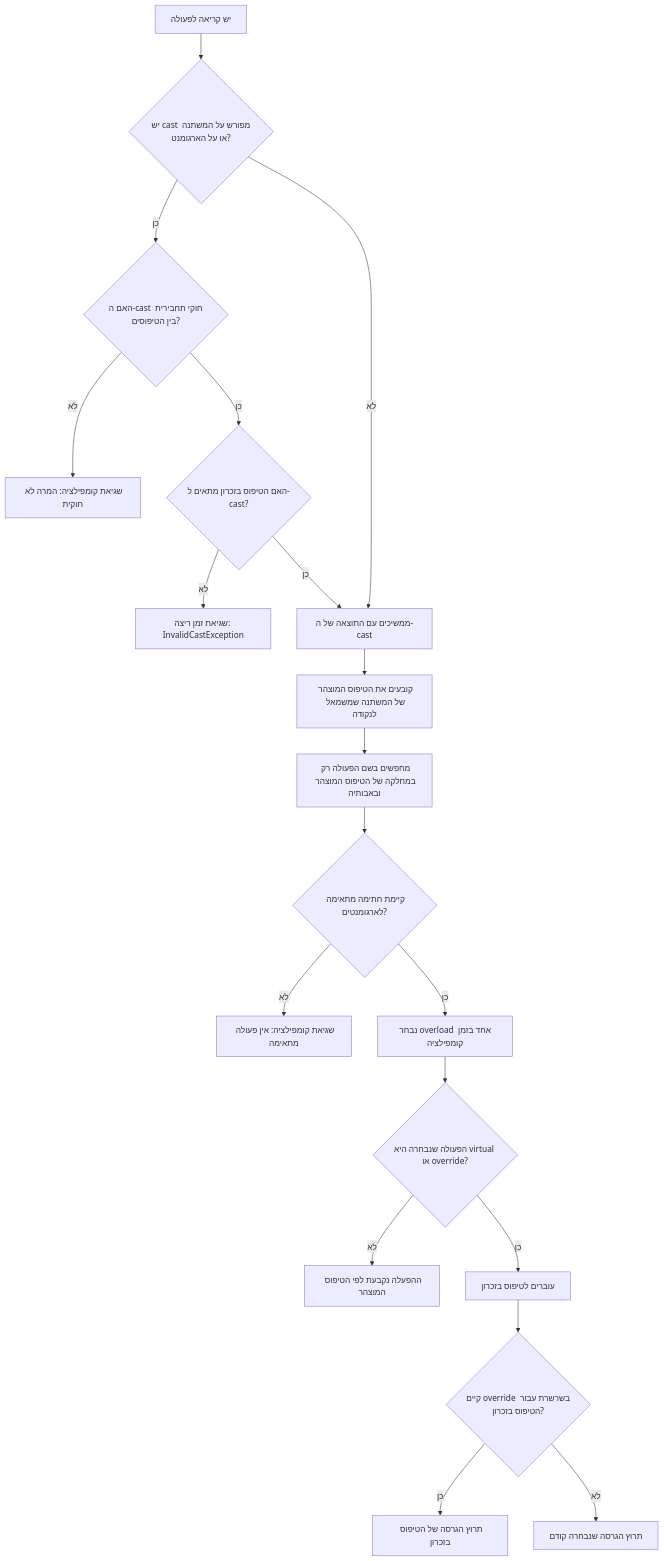
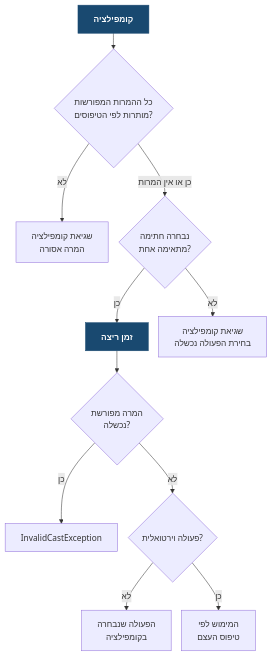
One commit to 3strategy/BeautifulMivney changed the diagram in oop/02FunctionChoicePath.md. Above: the diagram before and after it, drawn with Mermaid. The commit also changed other lines of this file and 12 other files, not shown here.

```diff
--- a/oop/02FunctionChoicePath.md
+++ b/oop/02FunctionChoicePath.md
@@ -17,21 +17,17 @@
 <div class="mermaid">
+%%{init: {"flowchart": {"nodeSpacing": 20, "rankSpacing": 30}}}%%
 flowchart TD
-    A[יש קריאה לפעולה] --> B{"יש cast מפורש על המשתנה או על הארגומנט?"}
-    B -->|כן| B1{"האם ה-cast חוקי תחבירית בין הטיפוסים?"}
-    B1 -->|לא| E1[שגיאת קומפילציה: המרה לא חוקית]
-    B1 -->|כן| B2{"האם הטיפוס בזכרון מתאים ל-cast?"}
-    B2 -->|לא| E2[שגיאת זמן ריצה: InvalidCastException]
-    B2 -->|כן| C[ממשיכים עם התוצאה של ה-cast]
-    B -->|לא| C
-    C --> D[קובעים את הטיפוס המוצהר של המשתנה שמשמאל לנקודה]
-    D --> E[מחפשים בשם הפעולה רק במחלקה של הטיפוס המוצהר ובאבותיה]
-    E --> F{"קיימת חתימה מתאימה לארגומנטים?"}
-    F -->|לא| E3[שגיאת קומפילציה: אין פעולה מתאימה]
-    F -->|כן| G[נבחר overload אחד בזמן קומפילציה]
-    G --> H{"הפעולה שנבחרה היא virtual או override?"}
-    H -->|לא| I[ההפעלה נקבעת לפי הטיפוס המוצהר]
-    H -->|כן| J[עוברים לטיפוס בזכרון]
-    J --> K{"קיים override בשרשרת עבור הטיפוס בזכרון?"}
-    K -->|כן| L[תרוץ הגרסה של הטיפוס בזכרון]
-    K -->|לא| M[תרוץ הגרסה שנבחרה קודם]
+    Compile["קומפילציה"] --> CastAllowed{"כל ההמרות המפורשות<br/>מותרות לפי הטיפוסים?"}
+    CastAllowed -->|לא| BadCast["שגיאת קומפילציה<br/>המרה אסורה"]
+    CastAllowed -->|כן או אין המרות| Signature{"נבחרה חתימה<br/>מתאימה אחת?"}
+    Signature -->|כן| Runtime["זמן ריצה"]
+    Signature -->|לא| BadCall["שגיאת קומפילציה<br/>בחירת הפעולה נכשלה"]
+    Runtime --> CastFails{"המרה מפורשת<br/>נכשלה?"}
+    CastFails -->|כן| CastError["InvalidCastException"]
+    CastFails -->|לא| Virtual{"פעולה וירטואלית?"}
+    Virtual -->|לא| Call["הפעולה שנבחרה<br/>בקומפילציה"]
+    Virtual -->|כן| Dispatch["המימוש לפי<br/>טיפוס העצם"]
+
+    classDef phase fill:#194970,stroke:#194970,color:#fff,font-weight:bold;
+    class Compile,Runtime phase;
 </div>
```
